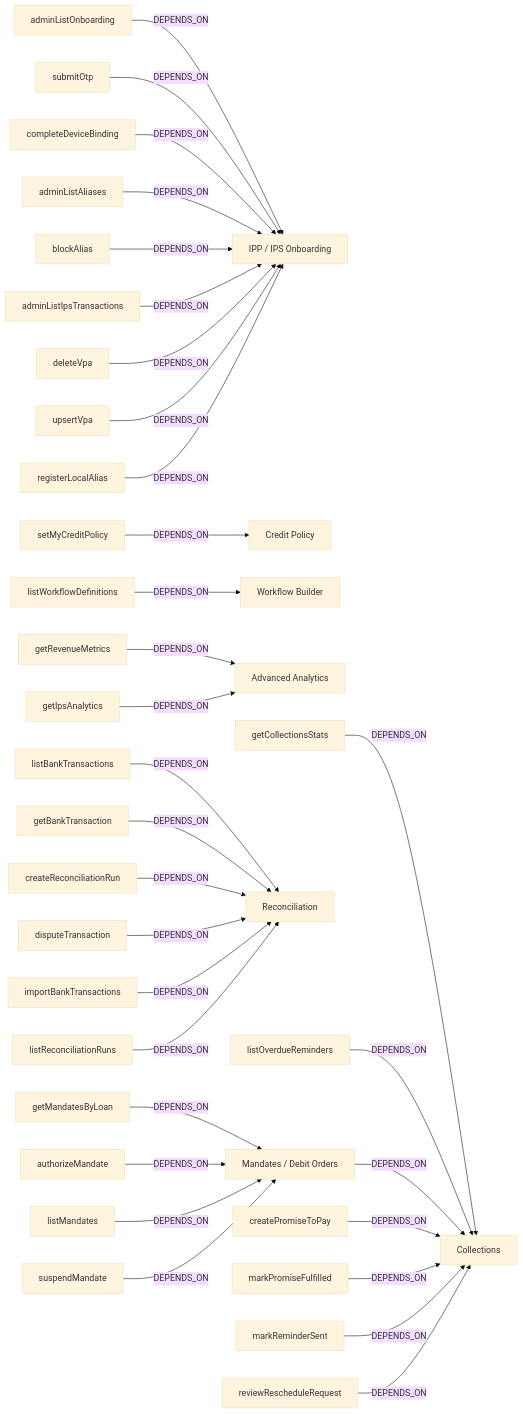
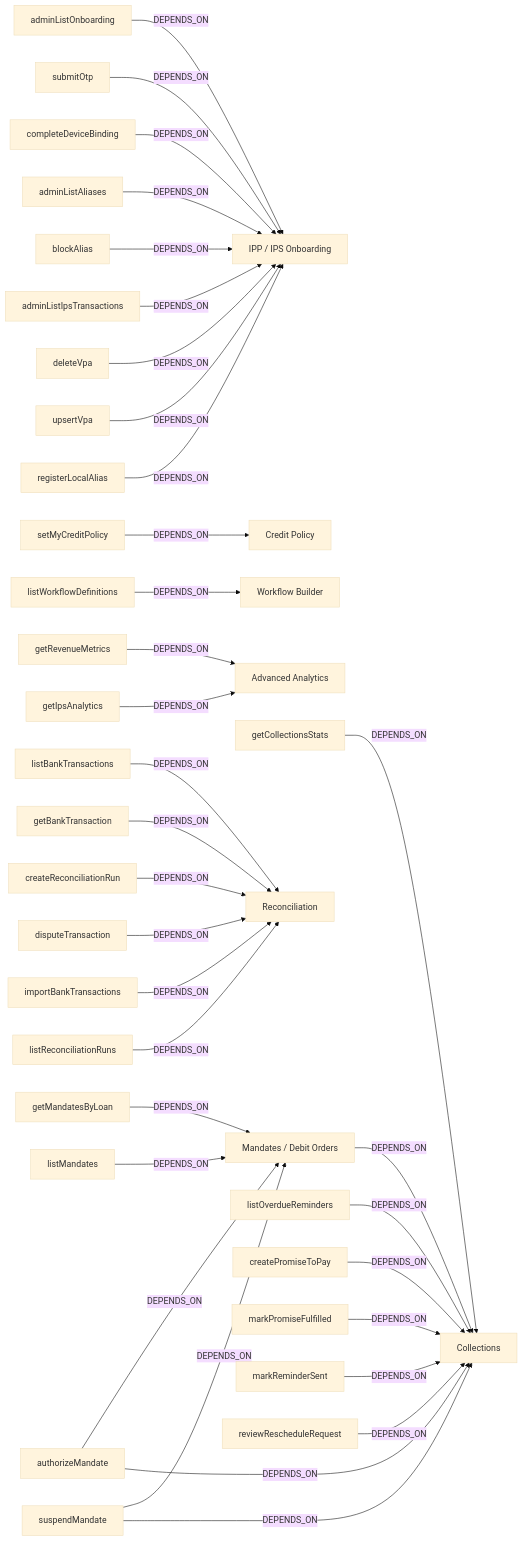
The second of 6 diagrams in ontology/graph.md (DKTony/namlend-trust-portal-v220), drawn with Mermaid (base theme) before and after one commit. The commit also changed other lines of this file and 9 other files, not shown here.

````diff
--- a/ontology/graph.md
+++ b/ontology/graph.md
@@ -95,69 +95,71 @@
 ```mermaid
 flowchart LR
   n_function_convex_ips_ipsOnboarding_adminListOnboarding["adminListOnboarding"]
   n_feature_ippOnboarding["IPP / IPS Onboarding"]
   n_function_convex_tenantConfig_setMyCreditPolicy["setMyCreditPolicy"]
   n_feature_creditPolicy["Credit Policy"]
   n_function_convex_ips_ipsOnboarding_submitOtp["submitOtp"]
   n_function_convex_approvalWorkflow_listWorkflowDefinitions["listWorkflowDefinitions"]
   n_feature_workflows["Workflow Builder"]
   n_function_convex_analytics_getRevenueMetrics["getRevenueMetrics"]
   n_feature_advancedAnalytics["Advanced Analytics"]
   n_function_convex_collections_getCollectionsStats["getCollectionsStats"]
   n_feature_collections["Collections"]
   n_function_convex_reconciliation_listBankTransactions["listBankTransactions"]
   n_feature_tenantReconciliation["Reconciliation"]
   n_function_convex_reconciliation_getBankTransaction["getBankTransaction"]
   n_function_convex_reconciliation_createReconciliationRun["createReconciliationRun"]
   n_function_convex_ips_ipsOnboarding_completeDeviceBinding["completeDeviceBinding"]
   n_function_convex_ontology_mandates_getMandatesByLoan["getMandatesByLoan"]
   n_feature_mandates["Mandates / Debit Orders"]
   n_function_convex_analytics_getIpsAnalytics["getIpsAnalytics"]
   n_function_convex_collections_listOverdueReminders["listOverdueReminders"]
   n_function_convex_collections_createPromiseToPay["createPromiseToPay"]
   n_function_convex_collections_markPromiseFulfilled["markPromiseFulfilled"]
   n_function_convex_ips_ipsAliasDirectory_adminListAliases["adminListAliases"]
   n_function_convex_reconciliation_disputeTransaction["disputeTransaction"]
   n_function_convex_ontology_mandates_authorizeMandate["authorizeMandate"]
   n_function_convex_ips_ipsAliasDirectory_blockAlias["blockAlias"]
   n_function_convex_ontology_mandates_listMandates["listMandates"]
   n_function_convex_collections_markReminderSent["markReminderSent"]
   n_function_convex_ips_ipsTransactions_adminListIpsTransactions["adminListIpsTransactions"]
   n_function_convex_collections_reviewRescheduleRequest["reviewRescheduleRequest"]
   n_function_convex_ips_ipsVpa_deleteVpa["deleteVpa"]
   n_function_convex_reconciliation_importBankTransactions["importBankTransactions"]
   n_function_convex_reconciliation_listReconciliationRuns["listReconciliationRuns"]
   n_function_convex_ontology_mandates_suspendMandate["suspendMandate"]
   n_function_convex_ips_ipsVpa_upsertVpa["upsertVpa"]
   n_function_convex_ips_ipsAliasDirectory_registerLocalAlias["registerLocalAlias"]
   n_function_convex_ips_ipsOnboarding_adminListOnboarding -- "DEPENDS_ON" --> n_feature_ippOnboarding
   n_function_convex_tenantConfig_setMyCreditPolicy -- "DEPENDS_ON" --> n_feature_creditPolicy
   n_function_convex_ips_ipsOnboarding_submitOtp -- "DEPENDS_ON" --> n_feature_ippOnboarding
   n_function_convex_approvalWorkflow_listWorkflowDefinitions -- "DEPENDS_ON" --> n_feature_workflows
   n_function_convex_analytics_getRevenueMetrics -- "DEPENDS_ON" --> n_feature_advancedAnalytics
   n_function_convex_collections_getCollectionsStats -- "DEPENDS_ON" --> n_feature_collections
   n_function_convex_reconciliation_listBankTransactions -- "DEPENDS_ON" --> n_feature_tenantReconciliation
   n_function_convex_reconciliation_getBankTransaction -- "DEPENDS_ON" --> n_feature_tenantReconciliation
   n_function_convex_reconciliation_createReconciliationRun -- "DEPENDS_ON" --> n_feature_tenantReconciliation
   n_function_convex_ips_ipsOnboarding_completeDeviceBinding -- "DEPENDS_ON" --> n_feature_ippOnboarding
   n_function_convex_ontology_mandates_getMandatesByLoan -- "DEPENDS_ON" --> n_feature_mandates
   n_function_convex_analytics_getIpsAnalytics -- "DEPENDS_ON" --> n_feature_advancedAnalytics
   n_function_convex_collections_listOverdueReminders -- "DEPENDS_ON" --> n_feature_collections
   n_feature_mandates -- "DEPENDS_ON" --> n_feature_collections
   n_function_convex_collections_createPromiseToPay -- "DEPENDS_ON" --> n_feature_collections
   n_function_convex_collections_markPromiseFulfilled -- "DEPENDS_ON" --> n_feature_collections
   n_function_convex_ips_ipsAliasDirectory_adminListAliases -- "DEPENDS_ON" --> n_feature_ippOnboarding
   n_function_convex_reconciliation_disputeTransaction -- "DEPENDS_ON" --> n_feature_tenantReconciliation
   n_function_convex_ontology_mandates_authorizeMandate -- "DEPENDS_ON" --> n_feature_mandates
+  n_function_convex_ontology_mandates_authorizeMandate -- "DEPENDS_ON" --> n_feature_collections
   n_function_convex_ips_ipsAliasDirectory_blockAlias -- "DEPENDS_ON" --> n_feature_ippOnboarding
   n_function_convex_ontology_mandates_listMandates -- "DEPENDS_ON" --> n_feature_mandates
   n_function_convex_collections_markReminderSent -- "DEPENDS_ON" --> n_feature_collections
   n_function_convex_ips_ipsTransactions_adminListIpsTransactions -- "DEPENDS_ON" --> n_feature_ippOnboarding
   n_function_convex_collections_reviewRescheduleRequest -- "DEPENDS_ON" --> n_feature_collections
   n_function_convex_ips_ipsVpa_deleteVpa -- "DEPENDS_ON" --> n_feature_ippOnboarding
   n_function_convex_reconciliation_importBankTransactions -- "DEPENDS_ON" --> n_feature_tenantReconciliation
   n_function_convex_reconciliation_listReconciliationRuns -- "DEPENDS_ON" --> n_feature_tenantReconciliation
   n_function_convex_ontology_mandates_suspendMandate -- "DEPENDS_ON" --> n_feature_mandates
   n_function_convex_ips_ipsVpa_upsertVpa -- "DEPENDS_ON" --> n_feature_ippOnboarding
   n_function_convex_ips_ipsAliasDirectory_registerLocalAlias -- "DEPENDS_ON" --> n_feature_ippOnboarding
+  n_function_convex_ontology_mandates_suspendMandate -- "DEPENDS_ON" --> n_feature_collections
 ```
````
